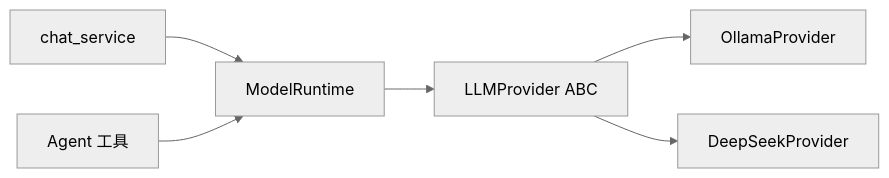
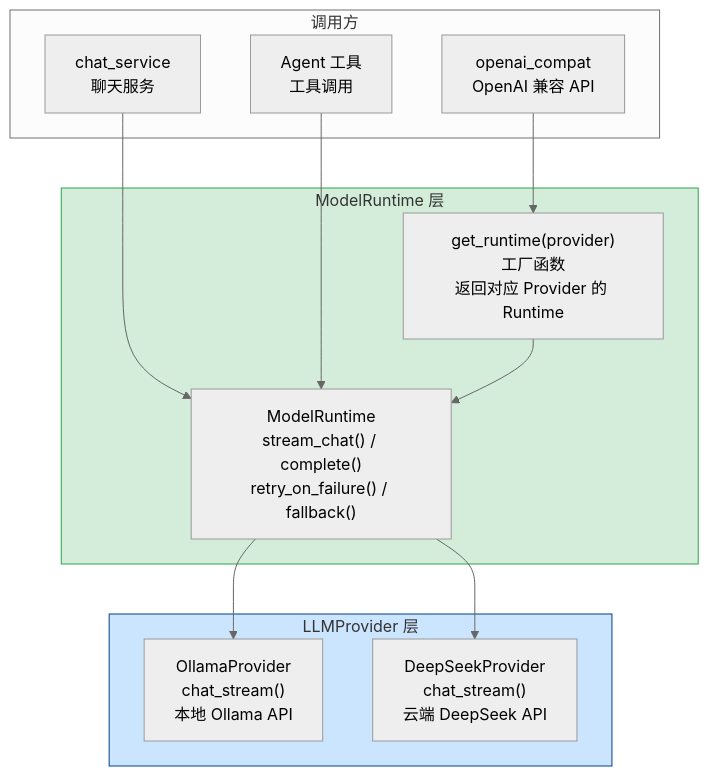
One commit to effiy/YrY changed the first of 3 diagrams in YiKnowledge/projects/yiai/devs/2026-08/14-prd-task-ModelRuntime抽象层.md. Above: the diagram before and after it, drawn with Mermaid (neutral theme). The commit also changed other lines of this file and 4958 other files, not shown here.

````diff
--- a/YiKnowledge/projects/yiai/devs/2026-08/14-prd-task-ModelRuntime抽象层.md
+++ b/YiKnowledge/projects/yiai/devs/2026-08/14-prd-task-ModelRuntime抽象层.md
@@ -32,8 +39,28 @@
 ```mermaid
-flowchart LR
-  CHAT["chat_service"] --> RT["ModelRuntime"]
-  AGENT["Agent 工具"] --> RT
-  RT --> PROV["LLMProvider ABC"]
-  PROV --> OLLAMA["OllamaProvider"]
-  PROV --> DEEP["DeepSeekProvider"]
+graph TD
+  subgraph CONSUMERS["调用方"]
+    CHAT["chat_service<br/>聊天服务"]
+    AGENT["Agent 工具<br/>工具调用"]
+    OPENAI["openai_compat<br/>OpenAI 兼容 API"]
+  end
+
+  subgraph RUNTIME["ModelRuntime 层"]
+    RT["ModelRuntime<br/>stream_chat() / complete()<br/>retry_on_failure() / fallback()"]
+    FACTORY["get_runtime(provider)<br/>工厂函数<br/>返回对应 Provider 的 Runtime"]
+  end
+
+  subgraph PROVIDERS["LLMProvider 层"]
+    OLLAMA["OllamaProvider<br/>chat_stream()<br/>本地 Ollama API"]
+    DEEPSEEK["DeepSeekProvider<br/>chat_stream()<br/>云端 DeepSeek API"]
+  end
+
+  CHAT --> RT
+  AGENT --> RT
+  OPENAI --> FACTORY
+  FACTORY --> RT
+  RT --> OLLAMA
+  RT --> DEEPSEEK
+
+  style RUNTIME fill:#d4edda,stroke:#28a745
+  style PROVIDERS fill:#cce5ff,stroke:#004085
 ```
````
